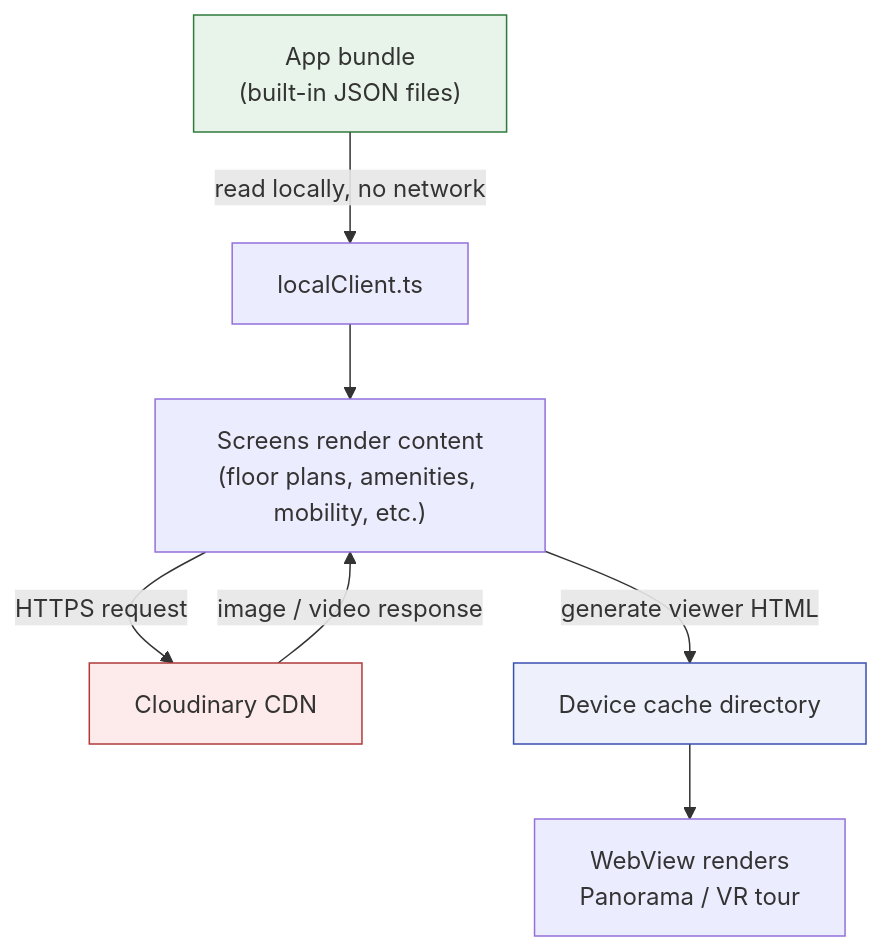
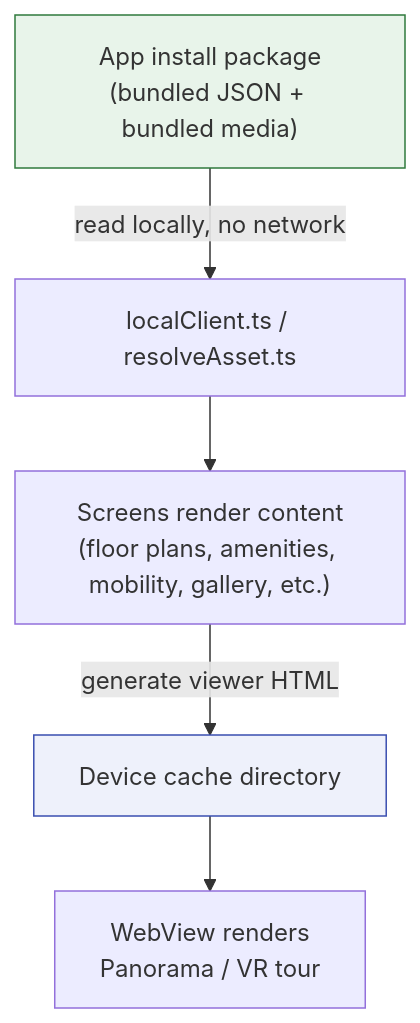
The second of 2 diagrams in Project Docs Templates/Architecture and Data Flow Diagram.md (Fute-Services/Project-Krpune-mobile-tab-), drawn with Mermaid before and after one commit. The commit also changed other lines of this file and 3 other files, not shown here.

First line of the commit message:
Correct docs: app makes zero network calls, fully offline

````diff
--- a/Project Docs Templates/Architecture and Data Flow Diagram.md
+++ b/Project Docs Templates/Architecture and Data Flow Diagram.md
@@ -31,13 +32,10 @@
 ```mermaid
 flowchart TD
-    A["App bundle\n(built-in JSON files)"] -->|"read locally, no network"| B["localClient.ts"]
-    B --> C["Screens render content\n(floor plans, amenities, mobility, etc.)"]
-    C -->|"HTTPS request"| D["Cloudinary CDN"]
-    D -->|"image / video response"| C
+    A["App install package\n(bundled JSON + bundled media)"] -->|"read locally, no network"| B["localClient.ts / resolveAsset.ts"]
+    B --> C["Screens render content\n(floor plans, amenities, mobility, gallery, etc.)"]
     C -->|"generate viewer HTML"| E["Device cache directory"]
     E --> F["WebView renders\nPanorama / VR tour"]
 
     style A fill:#e8f4ea,stroke:#2f7a3d
-    style D fill:#fdeaea,stroke:#b03a3a
     style E fill:#eef1fb,stroke:#3a4fb0
 ```
````
